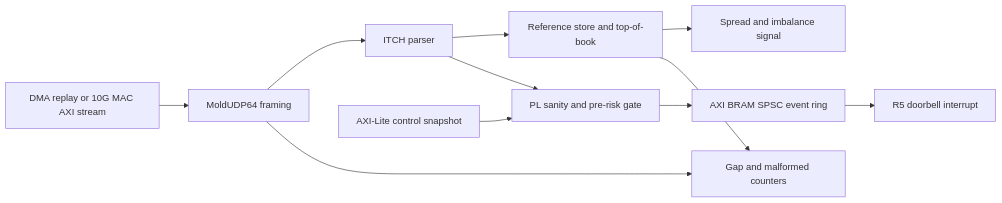
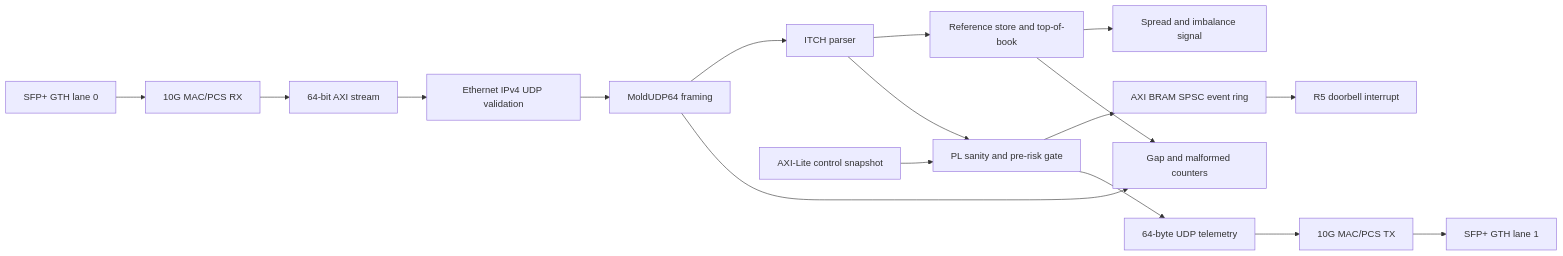
One commit to ps-chong/hft-toy-project changed the first of 2 diagrams in docs/architecture/fpga.md. Above: the diagram before and after it, drawn with Mermaid. The commit also changed other lines of this file and 37 other files, not shown here.

````diff
--- a/docs/architecture/fpga.md
+++ b/docs/architecture/fpga.md
@@ -5,13 +5,19 @@
 ```mermaid
 flowchart LR
-    Source["DMA replay or 10G MAC AXI stream"] --> Mold["MoldUDP64 framing"]
+    SfpRx["SFP+ GTH lane 0"] --> MacRx["10G MAC/PCS RX"]
+    MacRx --> Axis["64-bit AXI stream"]
+    Axis --> Udp["Ethernet IPv4 UDP validation"]
+    Udp --> Mold["MoldUDP64 framing"]
     Mold --> Itch["ITCH parser"]
     Itch --> Book["Reference store and top-of-book"]
     Book --> Signal["Spread and imbalance signal"]
     Itch --> PreRisk["PL sanity and pre-risk gate"]
     PreRisk --> Ring["AXI BRAM SPSC event ring"]
     Ring --> IRQ["R5 doorbell interrupt"]
     Control["AXI-Lite control snapshot"] --> PreRisk
     Mold --> Counters["Gap and malformed counters"]
     Book --> Counters
+    PreRisk --> Telemetry["64-byte UDP telemetry"]
+    Telemetry --> MacTx["10G MAC/PCS TX"]
+    MacTx --> SfpTx["SFP+ GTH lane 1"]
 ```
````
